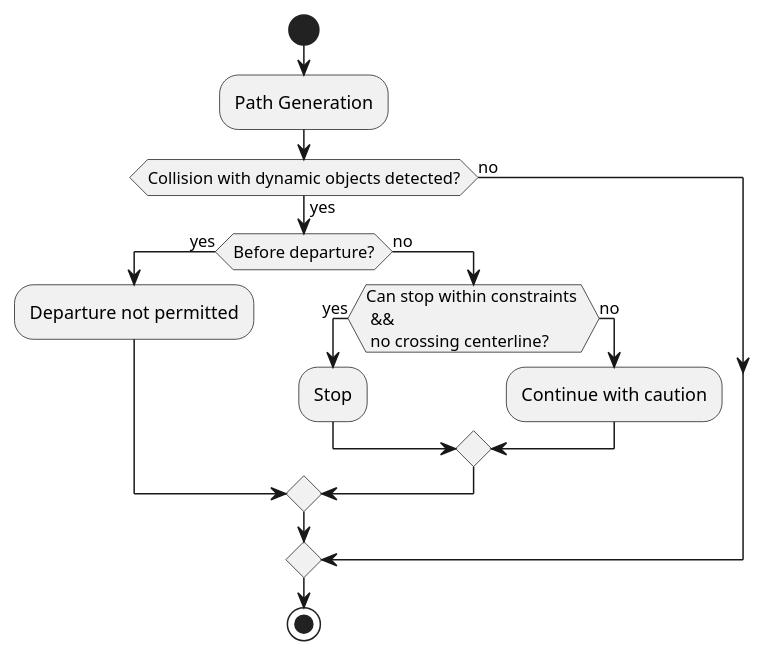
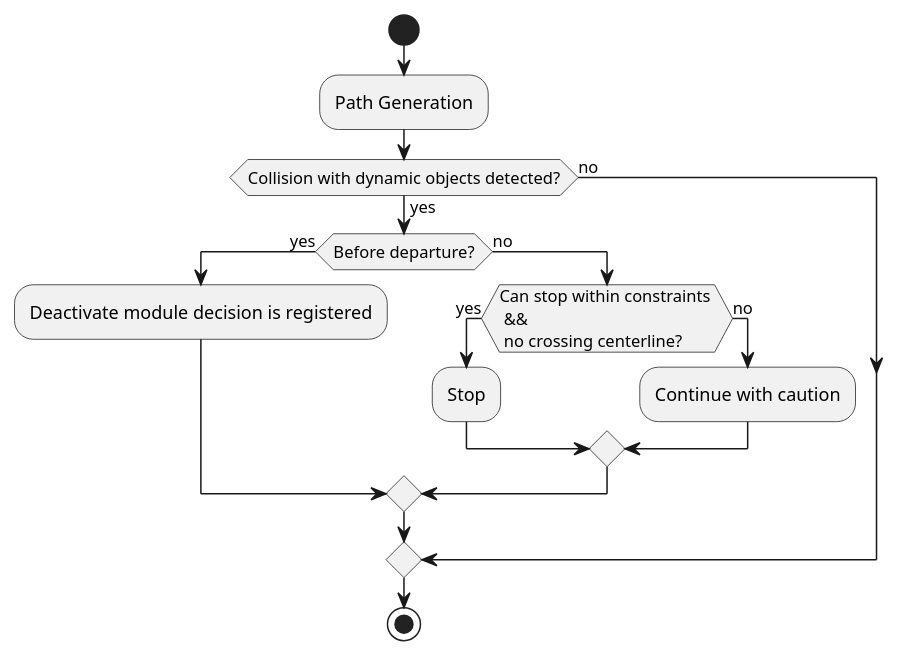
The second of 3 diagrams in planning/behavior_path_start_planner_module/README.md (autowarefoundation/autoware.universe), drawn with PlantUML before and after one commit. The commit also changed other lines of this file, not shown here.

````diff
--- a/planning/behavior_path_start_planner_module/README.md
+++ b/planning/behavior_path_start_planner_module/README.md
@@ -188,21 +188,21 @@
 ```plantuml
 @startuml
 start
 :Path Generation;
 
 if (Collision with dynamic objects detected?) then (yes)
   if (Before departure?) then (yes)
-    :Departure not permitted;
+    :Deactivate module decision is registered;
   else (no)
     if (Can stop within constraints \n && \n no crossing centerline?) then (yes)
       :Stop;
     else (no)
       :Continue with caution;
     endif
   endif
 else (no)
 endif
 
 stop
 @enduml
 ```
````
